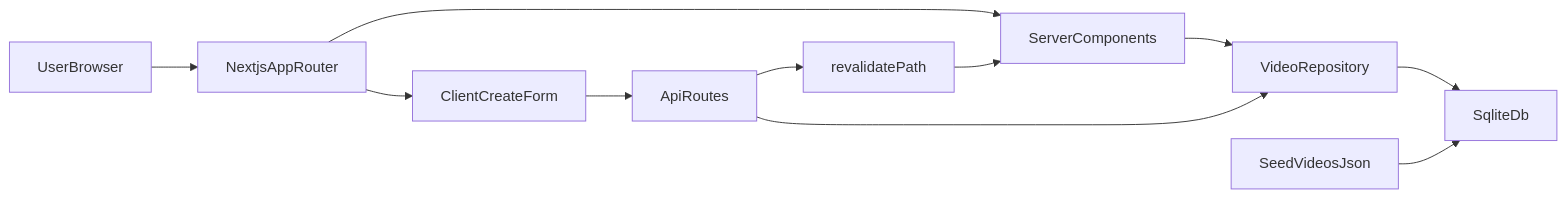
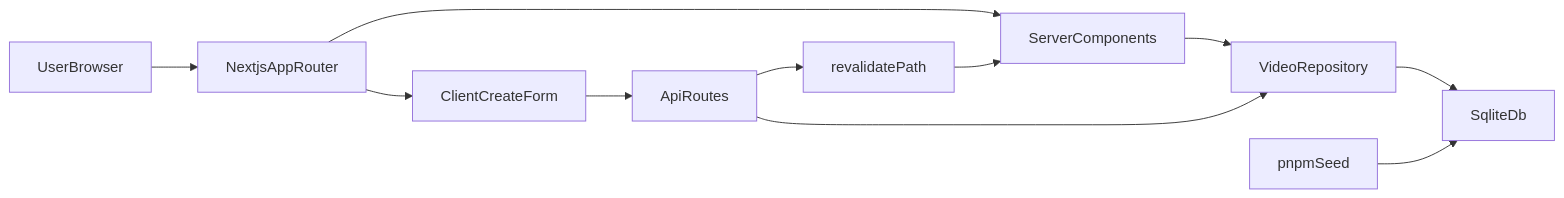
The diagram in .cursor/plans/video_library_mvp_plan_af599f95.plan.md (ozantunca/veed-challenge), drawn with Mermaid before and after one commit. The commit also changed other lines of this file and 2 other files, not shown here.

````diff
--- a/.cursor/plans/video_library_mvp_plan_af599f95.plan.md
+++ b/.cursor/plans/video_library_mvp_plan_af599f95.plan.md
@@ -154,13 +152,13 @@
 ```mermaid
 flowchart LR
   user[UserBrowser] --> ui[NextjsAppRouter]
   ui --> serverComp[ServerComponents]
   ui --> clientForm[ClientCreateForm]
   clientForm --> api[ApiRoutes]
   serverComp --> repo[VideoRepository]
   api --> repo
   repo --> sqlite[SqliteDb]
-  seed[SeedVideosJson] --> sqlite
+  seed[pnpmSeed] --> sqlite
   api --> revalidate[revalidatePath]
   revalidate --> serverComp
 ```
````
